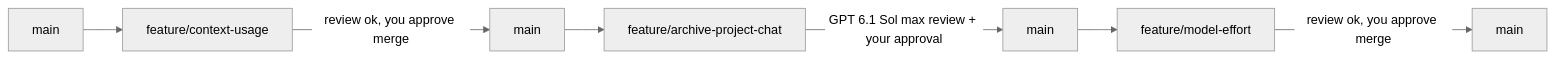
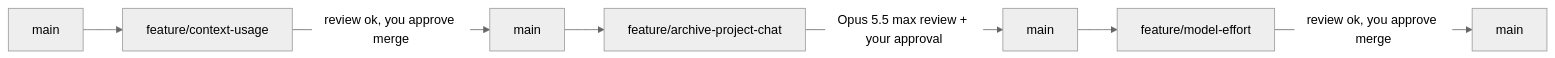
Before and after one commit to Steven404/OpenVern: the second of 2 diagrams in docs/v0.3-plan.md, drawn with Mermaid (neutral theme). The commit also changed other lines of this file, not shown here.

Commit message:
Plan: Opus 5.5 for all frontier stages this session

````diff
--- a/docs/v0.3-plan.md
+++ b/docs/v0.3-plan.md
@@ -356,9 +357,9 @@
 ```mermaid
 flowchart LR
   M[main] --> F1[feature/context-usage]
   F1 -- "review ok, you approve merge" --> M2[main]
   M2 --> F2[feature/archive-project-chat]
-  F2 -- "GPT 6.1 Sol max review + your approval" --> M3[main]
+  F2 -- "Opus 5.5 max review + your approval" --> M3[main]
   M3 --> F3[feature/model-effort]
   F3 -- "review ok, you approve merge" --> M4[main]
 ```
````
